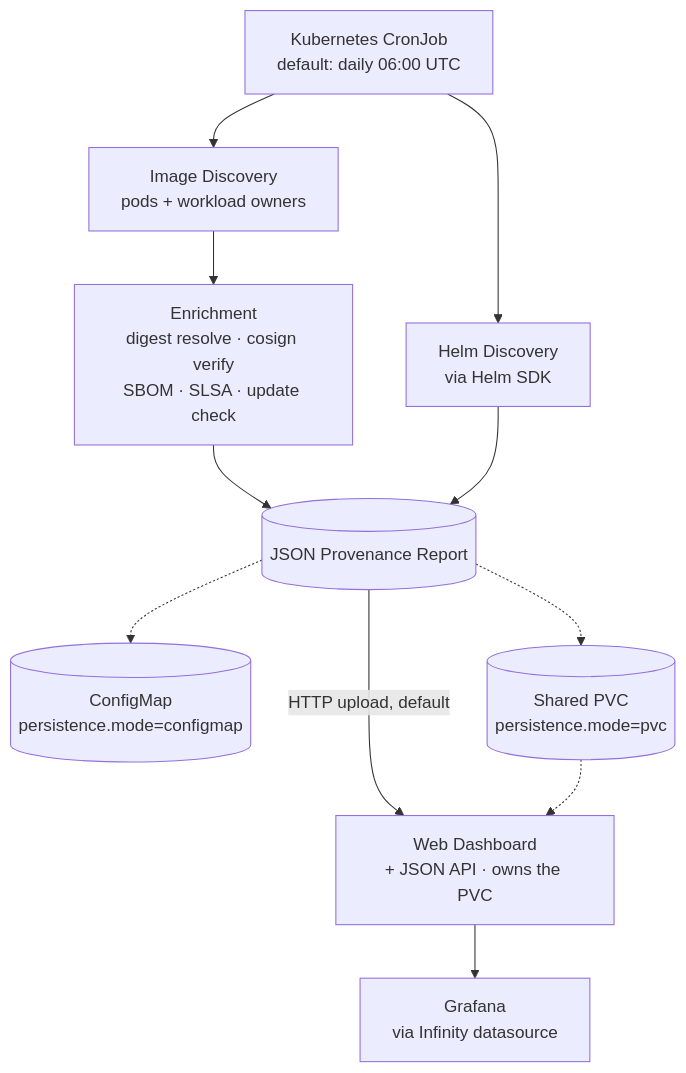
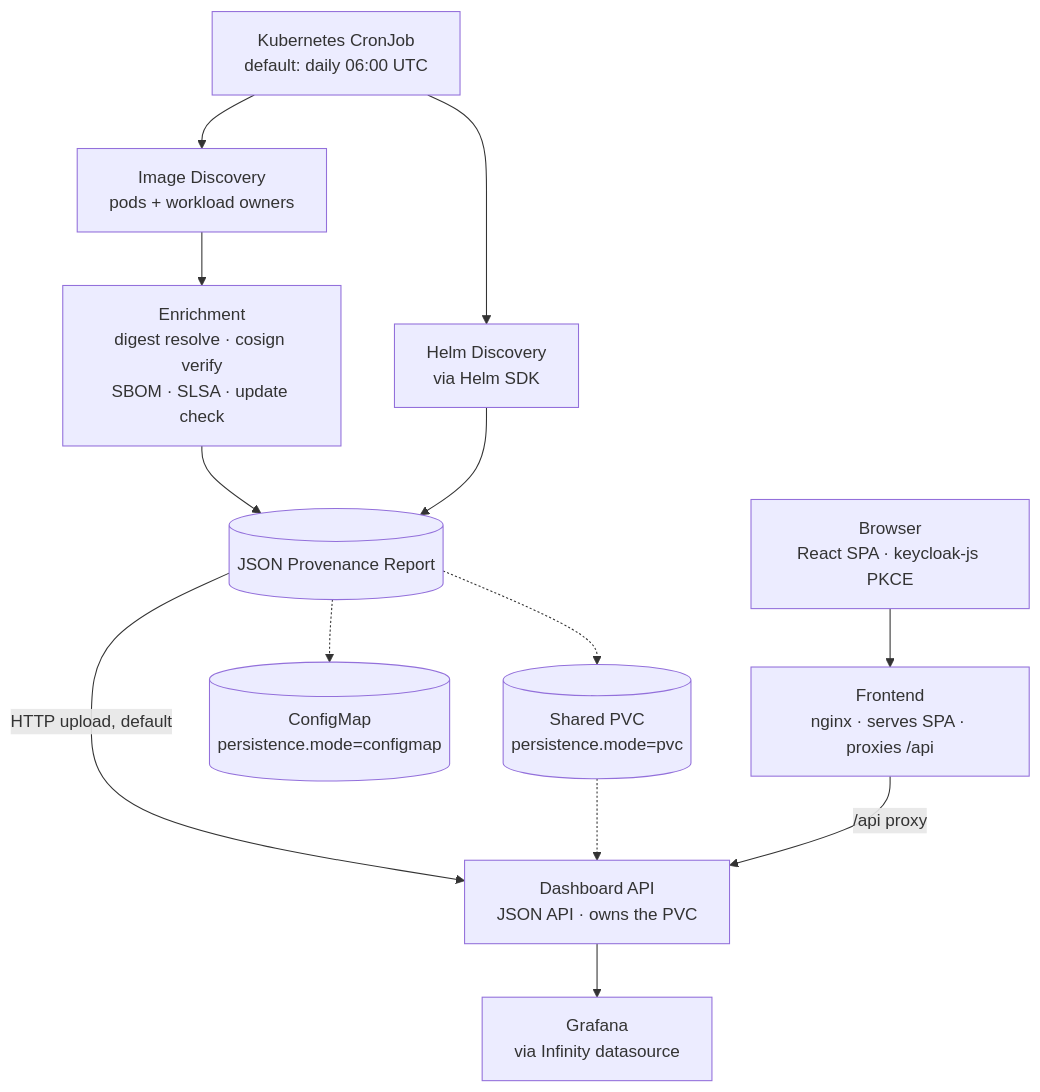
One commit to nebari-dev/provenance-collector-pack changed the diagram in README.md. Above: the diagram before and after it, drawn with Mermaid. The commit also changed other lines of this file and 93 other files, not shown here.

First line of the commit message:
Migrate ui from go server to standalone react spa. (#54)

````diff
--- a/README.md
+++ b/README.md
@@ -534,23 +585,27 @@
 ```mermaid
 flowchart TD
     Cron[Kubernetes CronJob<br/>default: daily 06:00 UTC]
     ImgDisc[Image Discovery<br/>pods + workload owners]
     HelmDisc[Helm Discovery<br/>via Helm SDK]
     Enrich[Enrichment<br/>digest resolve · cosign verify<br/>SBOM · SLSA · update check]
     Report[(JSON Provenance Report)]
-    Dash[Web Dashboard<br/>+ JSON API · owns the PVC]
+    Browser[Browser<br/>React SPA · keycloak-js PKCE]
+    Frontend[Frontend<br/>nginx · serves SPA · proxies /api]
+    Dash[Dashboard API<br/>JSON API · owns the PVC]
     CM[(ConfigMap<br/>persistence.mode=configmap)]
     PVC[(Shared PVC<br/>persistence.mode=pvc)]
     Grafana[Grafana<br/>via Infinity datasource]
 
     Cron --> ImgDisc
     Cron --> HelmDisc
     ImgDisc --> Enrich
     Enrich --> Report
     HelmDisc --> Report
     Report -->|HTTP upload, default| Dash
     Report -.-> CM
     Report -.-> PVC
     PVC -.-> Dash
+    Browser --> Frontend
+    Frontend -->|/api proxy| Dash
     Dash --> Grafana
 ```
````
